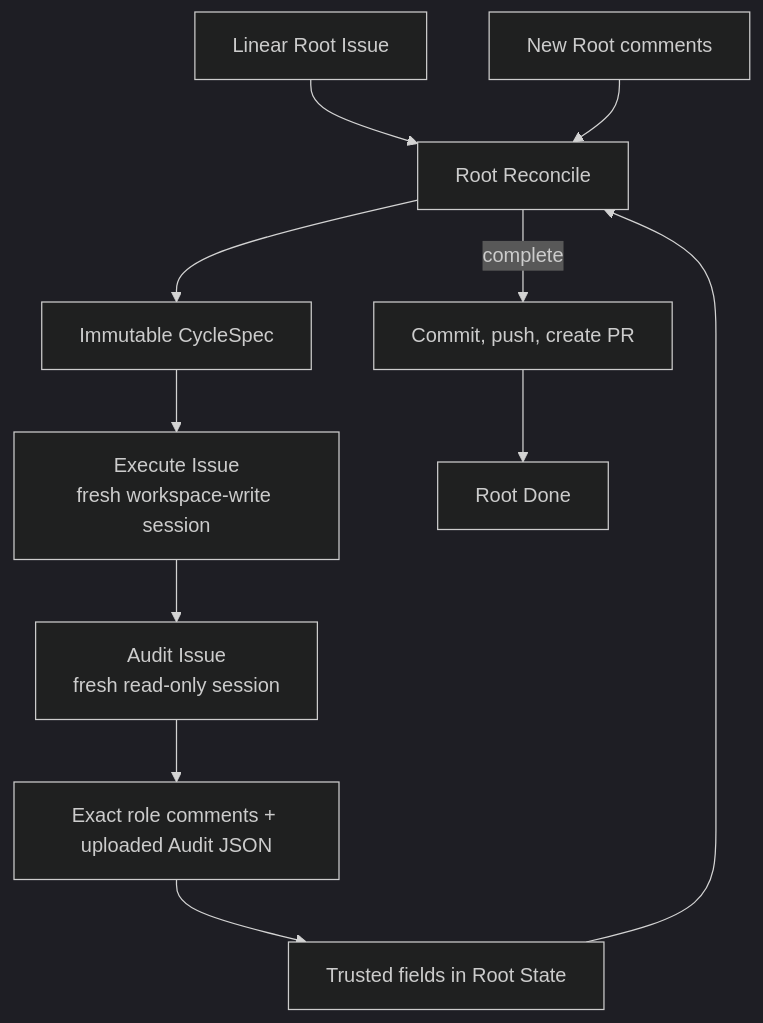
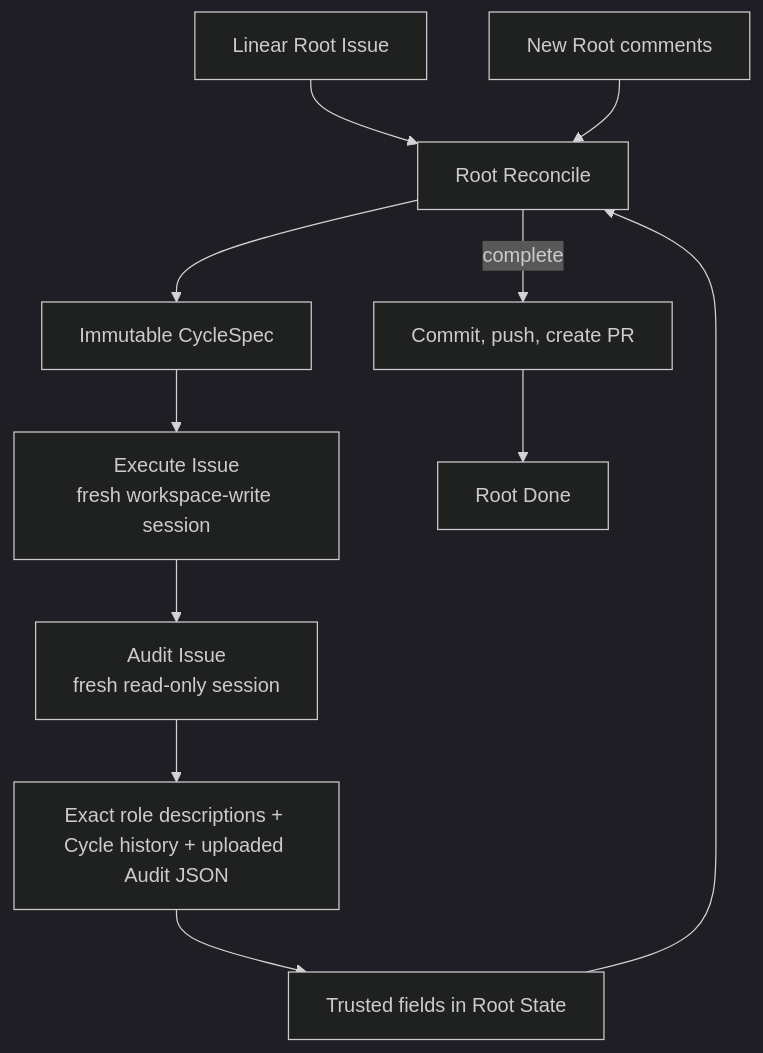
One commit to hallucination-studio/symphony changed the diagram in docs/architecture/README.md. Above: the diagram before and after it, drawn with Mermaid (dark theme). The commit also changed other lines of this file and 30 other files, not shown here.

````diff
--- a/docs/architecture/README.md
+++ b/docs/architecture/README.md
@@ -12,14 +12,14 @@
 ```mermaid
 %% source-rules: WF-TOPO-001 WF-TOPO-002 WF-TOPO-003 WF-ROUTE-006 WF-INBOX-004
 flowchart TD
   Root[Linear Root Issue] --> Reconcile[Root Reconcile]
   Reconcile --> Cycle[Immutable CycleSpec]
   Cycle --> Execute[Execute Issue<br/>fresh workspace-write session]
   Execute --> Audit[Audit Issue<br/>fresh read-only session]
-  Audit --> Result[Exact role comments + uploaded Audit JSON]
+  Audit --> Result[Exact role descriptions + Cycle history + uploaded Audit JSON]
   Result --> State[Trusted fields in Root State]
   State --> Reconcile
   Inbox[New Root comments] --> Reconcile
   Reconcile -->|complete| PR[Commit, push, create PR]
   PR --> Done[Root Done]
 ```
````
